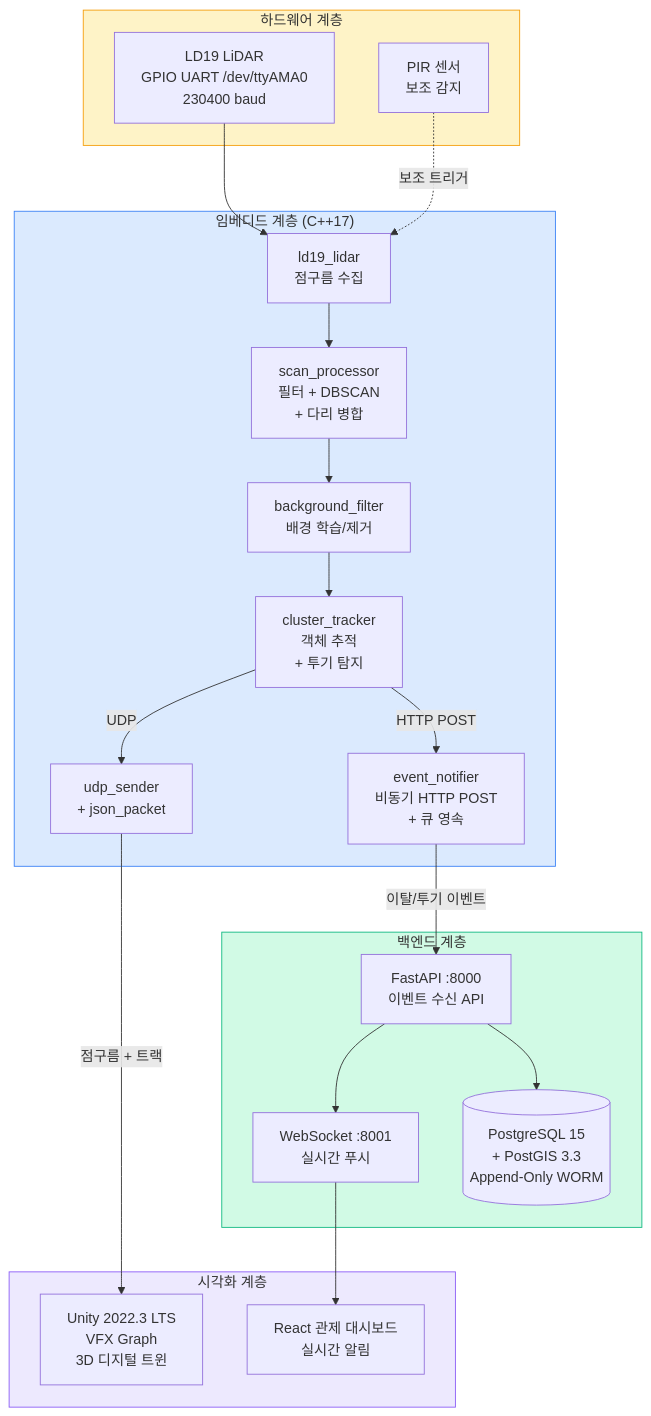
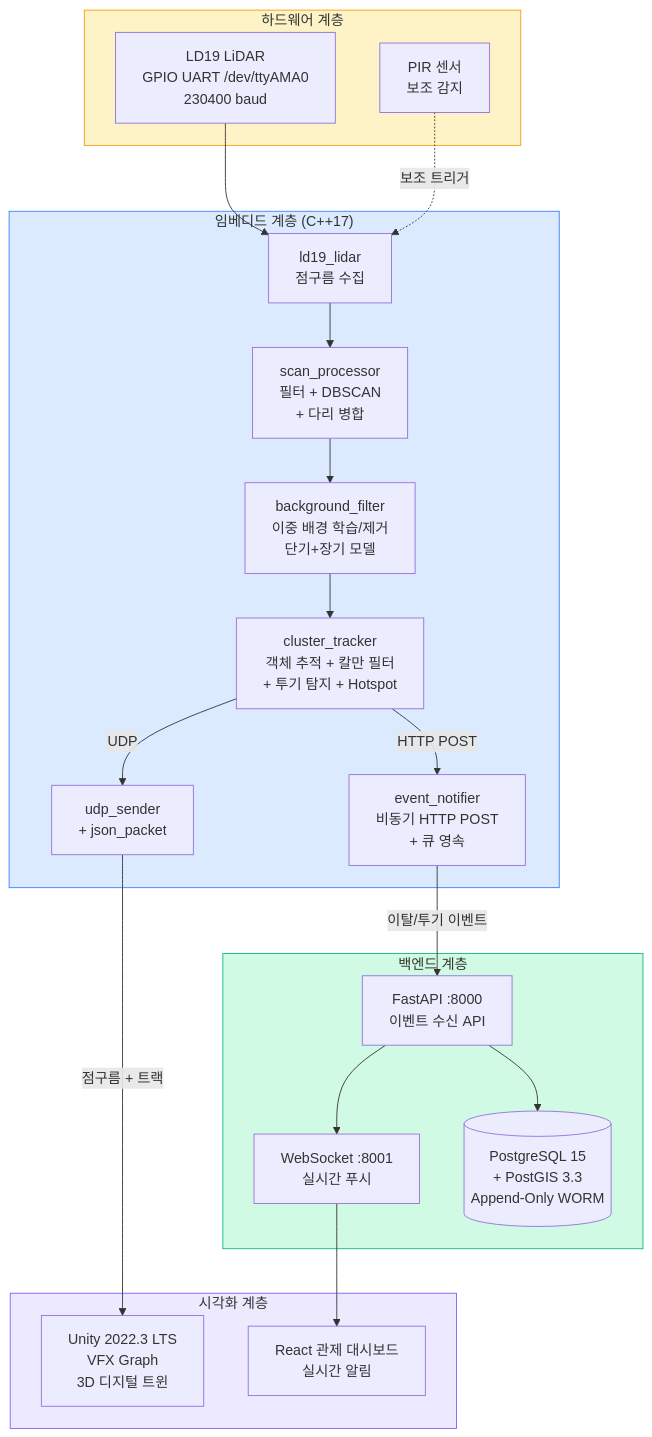
Before and after one commit to Eco-warden/Embedded_LD19: the diagram in README.md, drawn with Mermaid. The commit also changed other lines of this file and 11 other files, not shown here.

````diff
--- a/README.md
+++ b/README.md
@@ -64,45 +68,45 @@
 ```mermaid
 graph TB
     subgraph HW["하드웨어 계층"]
         LD19["LD19 LiDAR<br/>GPIO UART /dev/ttyAMA0<br/>230400 baud"]
         PIR["PIR 센서<br/>보조 감지"]
     end
 
     subgraph EMB["임베디드 계층 (C++17)"]
         SCAN["ld19_lidar<br/>점구름 수집"]
         PROC["scan_processor<br/>필터 + DBSCAN<br/>+ 다리 병합"]
-        BG["background_filter<br/>배경 학습/제거"]
-        TRACK["cluster_tracker<br/>객체 추적<br/>+ 투기 탐지"]
+        BG["background_filter<br/>이중 배경 학습/제거<br/>단기+장기 모델"]
+        TRACK["cluster_tracker<br/>객체 추적 + 칼만 필터<br/>+ 투기 탐지 + Hotspot"]
         NOTIF["event_notifier<br/>비동기 HTTP POST<br/>+ 큐 영속"]
         UDP["udp_sender<br/>+ json_packet"]
     end
 
     subgraph BACK["백엔드 계층"]
         API["FastAPI :8000<br/>이벤트 수신 API"]
         WS["WebSocket :8001<br/>실시간 푸시"]
         DB[("PostgreSQL 15<br/>+ PostGIS 3.3<br/>Append-Only WORM")]
     end
 
     subgraph VIS["시각화 계층"]
         UNITY["Unity 2022.3 LTS<br/>VFX Graph<br/>3D 디지털 트윈"]
         DASH["React 관제 대시보드<br/>실시간 알림"]
     end
 
     LD19 --> SCAN
     PIR -.->|보조 트리거| SCAN
     SCAN --> PROC
     PROC --> BG
     BG --> TRACK
     TRACK -->|HTTP POST| NOTIF
     TRACK -->|UDP| UDP
     NOTIF -->|이탈/투기 이벤트| API
     API --> DB
     API --> WS
     UDP -->|점구름 + 트랙| UNITY
     WS --> DASH
 
     style HW fill:#fef3c7,stroke:#f59e0b
     style EMB fill:#dbeafe,stroke:#3b82f6
     style BACK fill:#d1fae5,stroke:#10b981
     style VIS fill:#ede9fe,stroke:#8b5cf6
 ```
````
